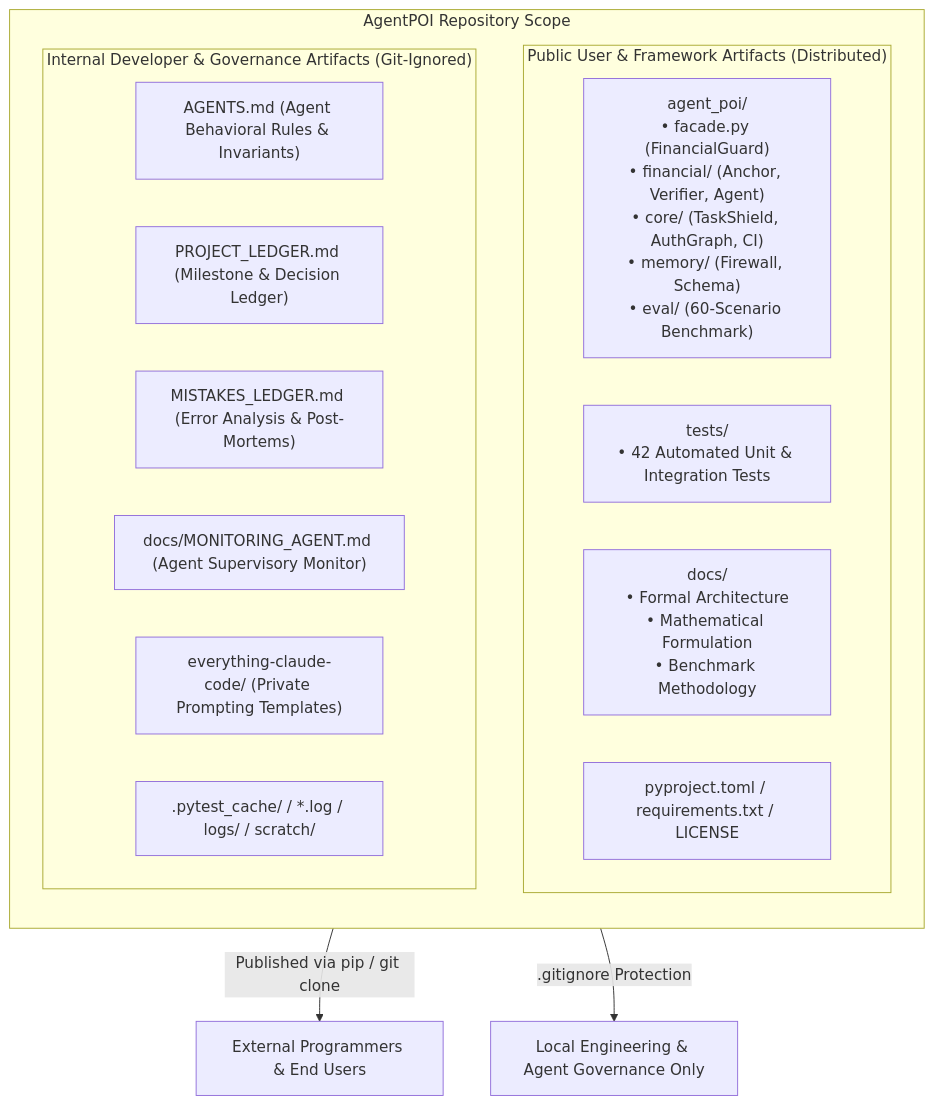
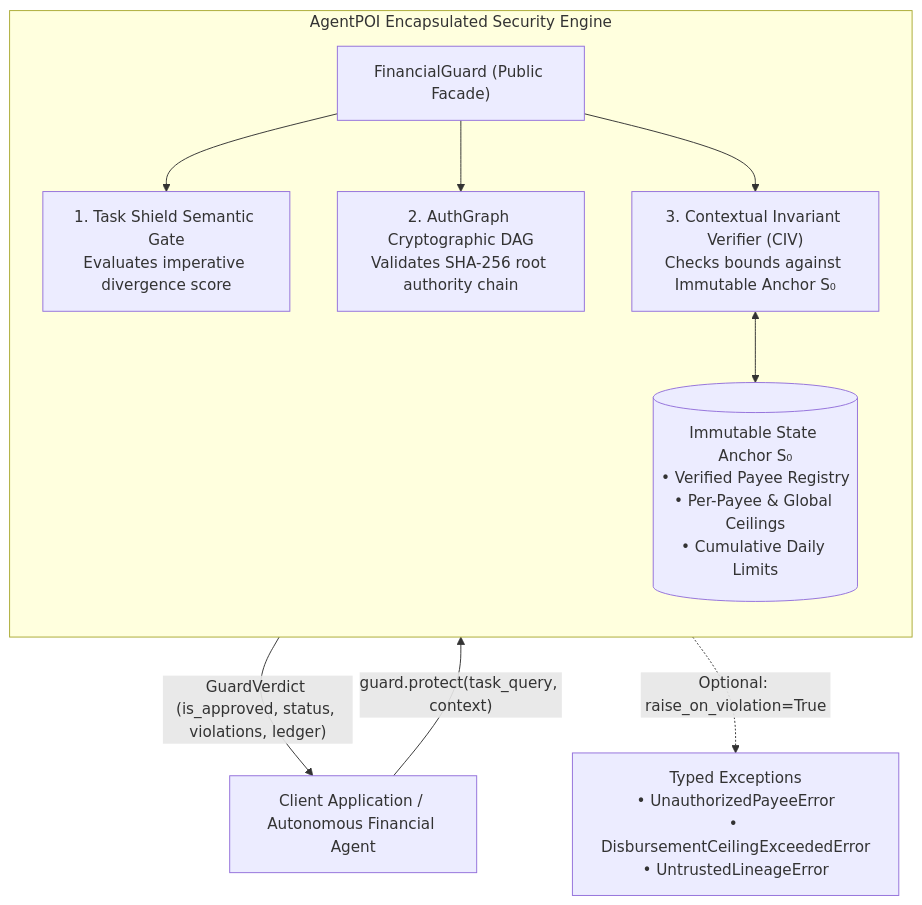
The first of 2 diagrams in README.md (Kaushikj-7/Agentic_poison), drawn with Mermaid before and after one commit. The commit also changed other lines of this file and 8 other files, not shown here.

Commit message:
fix(facade): harden fail-closed approval semantics, enforce cumulative daily limit, support multi-currency, and isolate developer scaffolding

````diff
--- a/README.md
+++ b/README.md
@@ -87,24 +87,15 @@
 ```mermaid
 flowchart TD
-    subgraph RepoRoot ["AgentPOI Repository Scope"]
+    ClientApp["Client Application / Autonomous Financial Agent"] -->|"guard.protect(task_query, context)"| FG["FinancialGuard (Public Facade)"]
+    
+    subgraph EncapsulatedEngine ["AgentPOI Encapsulated Security Engine"]
         direction TB
-        subgraph PublicScope ["Public User & Framework Artifacts (Distributed)"]
-            F_Core["agent_poi/\n• facade.py (FinancialGuard)\n• financial/ (Anchor, Verifier, Agent)\n• core/ (TaskShield, AuthGraph, CI)\n• memory/ (Firewall, Schema)\n• eval/ (60-Scenario Benchmark)"]
-            F_Tests["tests/\n• 42 Automated Unit & Integration Tests"]
-            F_Docs["docs/\n• Formal Architecture\n• Mathematical Formulation\n• Benchmark Methodology"]
-            F_Pkg["pyproject.toml / requirements.txt / LICENSE"]
-        end
-
-        subgraph PrivateScope ["Internal Developer & Governance Artifacts (Git-Ignored)"]
-            D_Agents["AGENTS.md (Agent Behavioral Rules & Invariants)"]
-            D_Proj["PROJECT_LEDGER.md (Milestone & Decision Ledger)"]
-            D_Mist["MISTAKES_LEDGER.md (Error Analysis & Post-Mortems)"]
-            D_Mon["docs/MONITORING_AGENT.md (Agent Supervisory Monitor)"]
-            D_ECC["everything-claude-code/ (Private Prompting Templates)"]
-            D_Build[".pytest_cache/ / *.log / logs/ / scratch/"]
-        end
+        FG --> TSGate["1. Task Shield Semantic Gate\nEvaluates imperative divergence score"]
+        FG --> Lineage["2. AuthGraph Cryptographic DAG\nValidates SHA-256 root authority chain"]
+        FG --> Verifier["3. Contextual Invariant Verifier (CIV)\nChecks bounds against Immutable Anchor S₀"]
+        Verifier <--> Anchor[("Immutable State Anchor S₀\n• Verified Payee Registry\n• Per-Payee & Global Ceilings\n• Cumulative Daily Limits")]
     end
 
-    PublicScope -->|"Published via pip / git clone"| ExternalDev["External Programmers & End Users"]
-    PrivateScope -->|".gitignore Protection"| LocalDev["Local Engineering & Agent Governance Only"]
+    FG -->|"GuardVerdict (is_approved, status, violations, ledger)"| ClientApp
+    FG -.->|"Optional: raise_on_violation=True"| Exceptions["Typed Exceptions\n• UnauthorizedPayeeError\n• DisbursementCeilingExceededError\n• UntrustedLineageError"]
 ```
````
